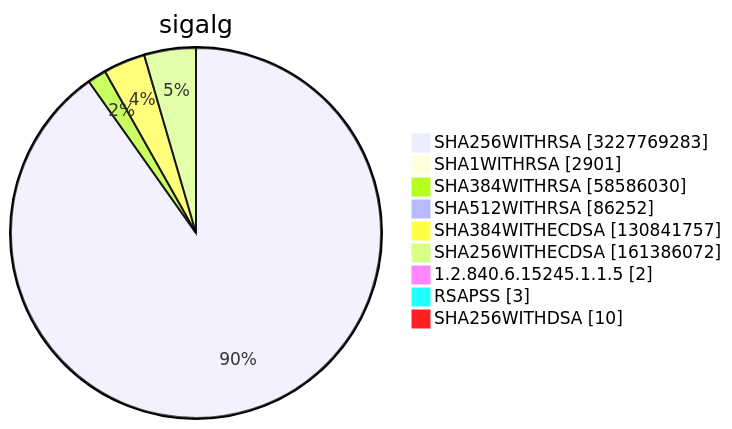
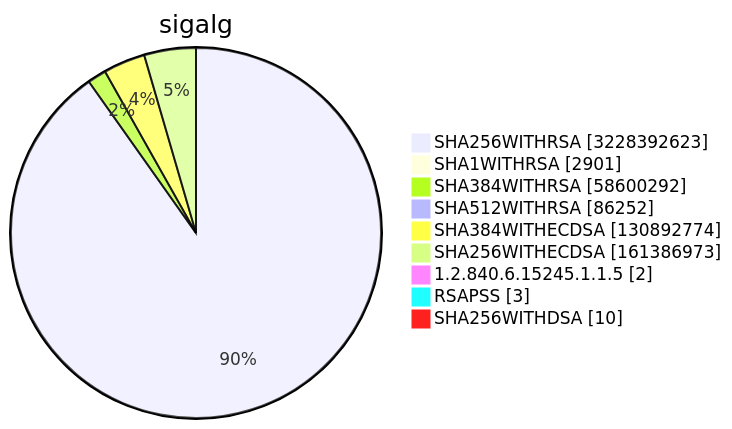
One commit to christiankrug/ctmonitor_visualization changed diagram 15 of 15 in TOTAL/README.md. Above: the diagram before and after it, drawn with Mermaid. The commit also changed other lines of this file, not shown here.

````diff
--- a/TOTAL/README.md
+++ b/TOTAL/README.md
@@ -6217,13 +6217,13 @@
 ```mermaid
 pie showData
 title sigalg
-"SHA256WITHRSA" :3227769283
+"SHA256WITHRSA" :3228392623
 "SHA1WITHRSA" :2901
-"SHA384WITHRSA" :58586030
+"SHA384WITHRSA" :58600292
 "SHA512WITHRSA" :86252
-"SHA384WITHECDSA" :130841757
-"SHA256WITHECDSA" :161386072
+"SHA384WITHECDSA" :130892774
+"SHA256WITHECDSA" :161386973
 "1.2.840.6.15245.1.1.5" :2
 "RSAPSS" :3
 "SHA256WITHDSA" :10
 ```
````
